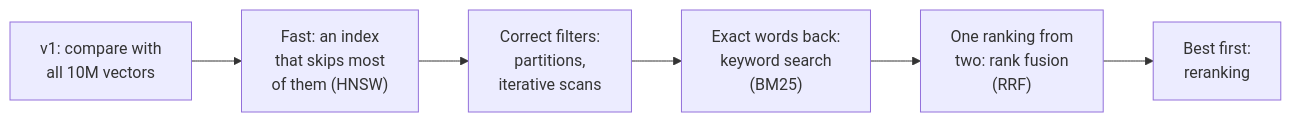
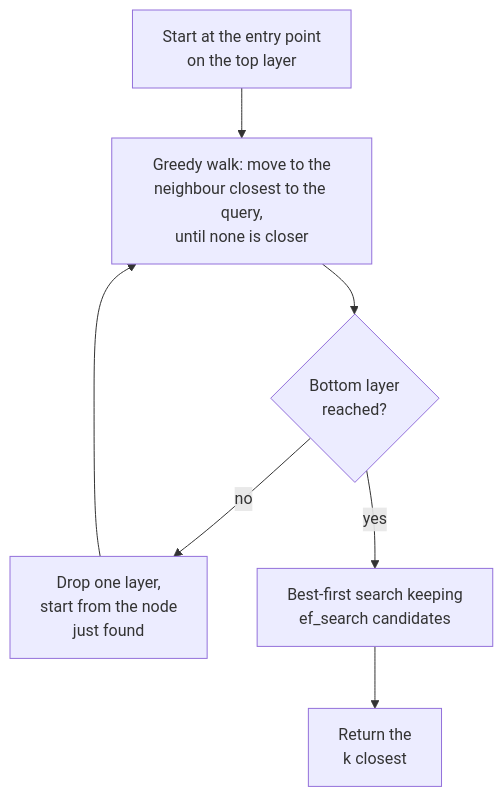
Before and after one commit to shubamchaudhary/CodeNITW: the second of 7 diagrams in src/Data/aiStackDocs/CH-03.md, drawn with Mermaid. The commit also changed other lines of this file and 52 other files, not shown here.

````diff
--- a/src/Data/aiStackDocs/CH-03.md
+++ b/src/Data/aiStackDocs/CH-03.md
@@ -10,8 +38,9 @@
 ```mermaid
-flowchart LR
-    A["v1: compare with<br/>all 10M vectors"] --> B["Fast: an index<br/>that skips most<br/>of them (HNSW)"]
-    B --> C["Correct filters:<br/>partitions,<br/>iterative scans"]
-    C --> D["Exact words back:<br/>keyword search<br/>(BM25)"]
-    D --> E["One ranking from<br/>two: rank fusion<br/>(RRF)"]
-    E --> F["Best first:<br/>reranking"]
+flowchart TD
+    EP["Start at the entry point<br/>on the top layer"] --> GR["Greedy walk: move to the<br/>neighbour closest to the query,<br/>until none is closer"]
+    GR --> LV{"Bottom layer<br/>reached?"}
+    LV -->|"no"| DN["Drop one layer,<br/>start from the node<br/>just found"]
+    DN --> GR
+    LV -->|"yes"| BF["Best-first search keeping<br/>ef_search candidates"]
+    BF --> TOPK["Return the<br/>k closest"]
 ```
````
